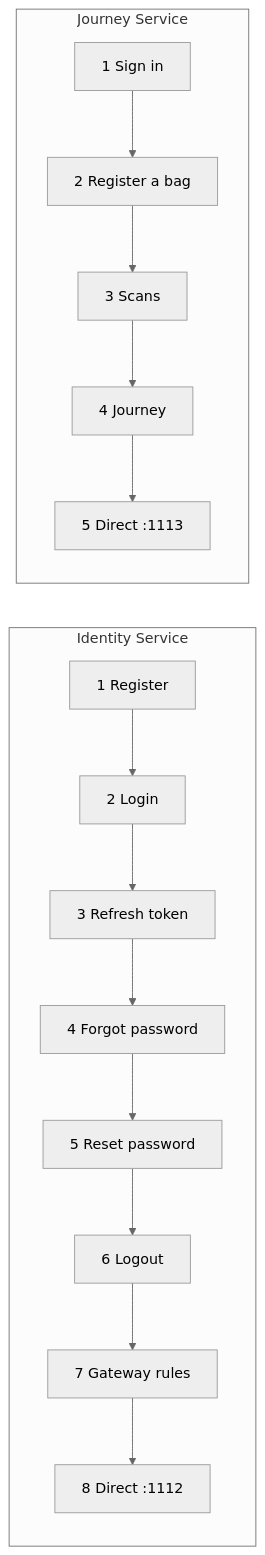
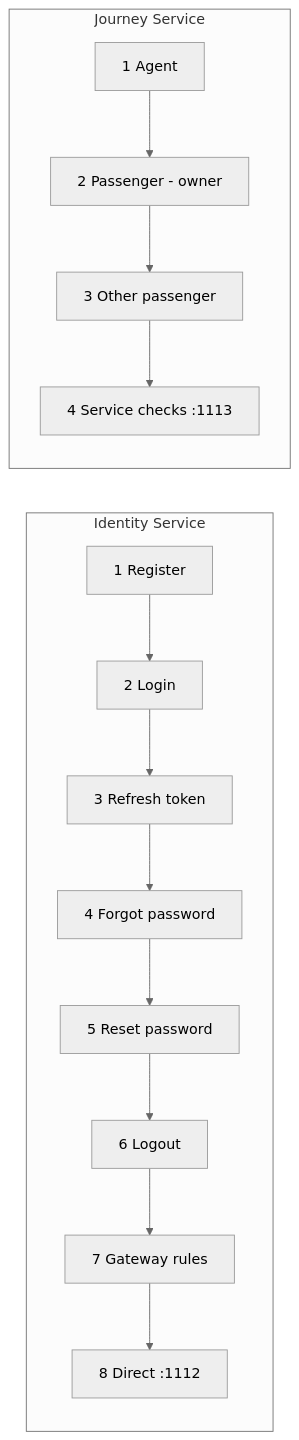
The second of 2 diagrams in docs/apis/API.md (Rapter1990/aero-baggage-tracer), drawn with Mermaid (neutral theme) before and after one commit. The commit also changed other lines of this file and 3 other files, not shown here.

First line of the commit message:
docs(postman): group the Journey Service folder by actor

````diff
--- a/docs/apis/API.md
+++ b/docs/apis/API.md
@@ -100,9 +100,9 @@
 ```mermaid
 flowchart LR
     subgraph Identity Service
         I1[1 Register] --> I2[2 Login] --> I3[3 Refresh token] --> I4[4 Forgot password] --> I5[5 Reset password] --> I6[6 Logout] --> I7[7 Gateway rules] --> I8[8 Direct :1112]
     end
     subgraph Journey Service
-        J1[1 Sign in] --> J2[2 Register a bag] --> J3[3 Scans] --> J4[4 Journey] --> J5[5 Direct :1113]
+        J1[1 Agent] --> J2[2 Passenger - owner] --> J3[3 Other passenger] --> J4[4 Service checks :1113]
     end
 ```
````
